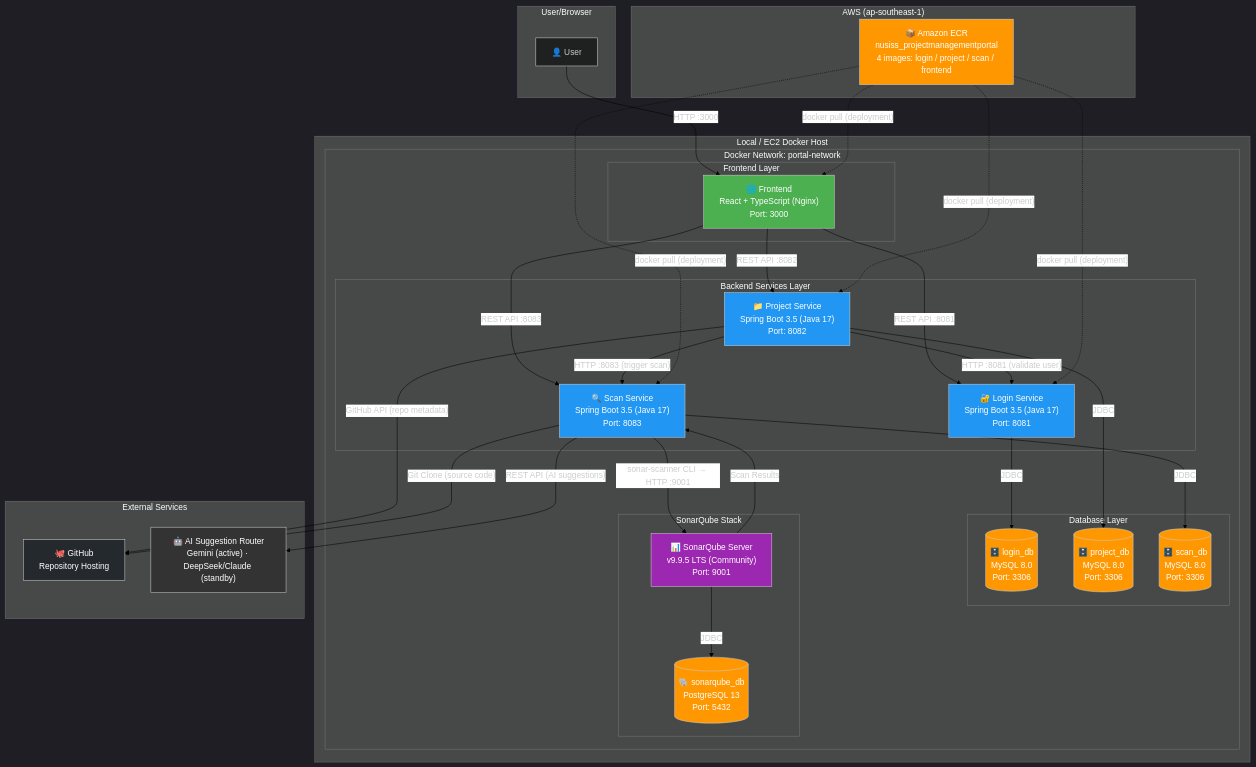
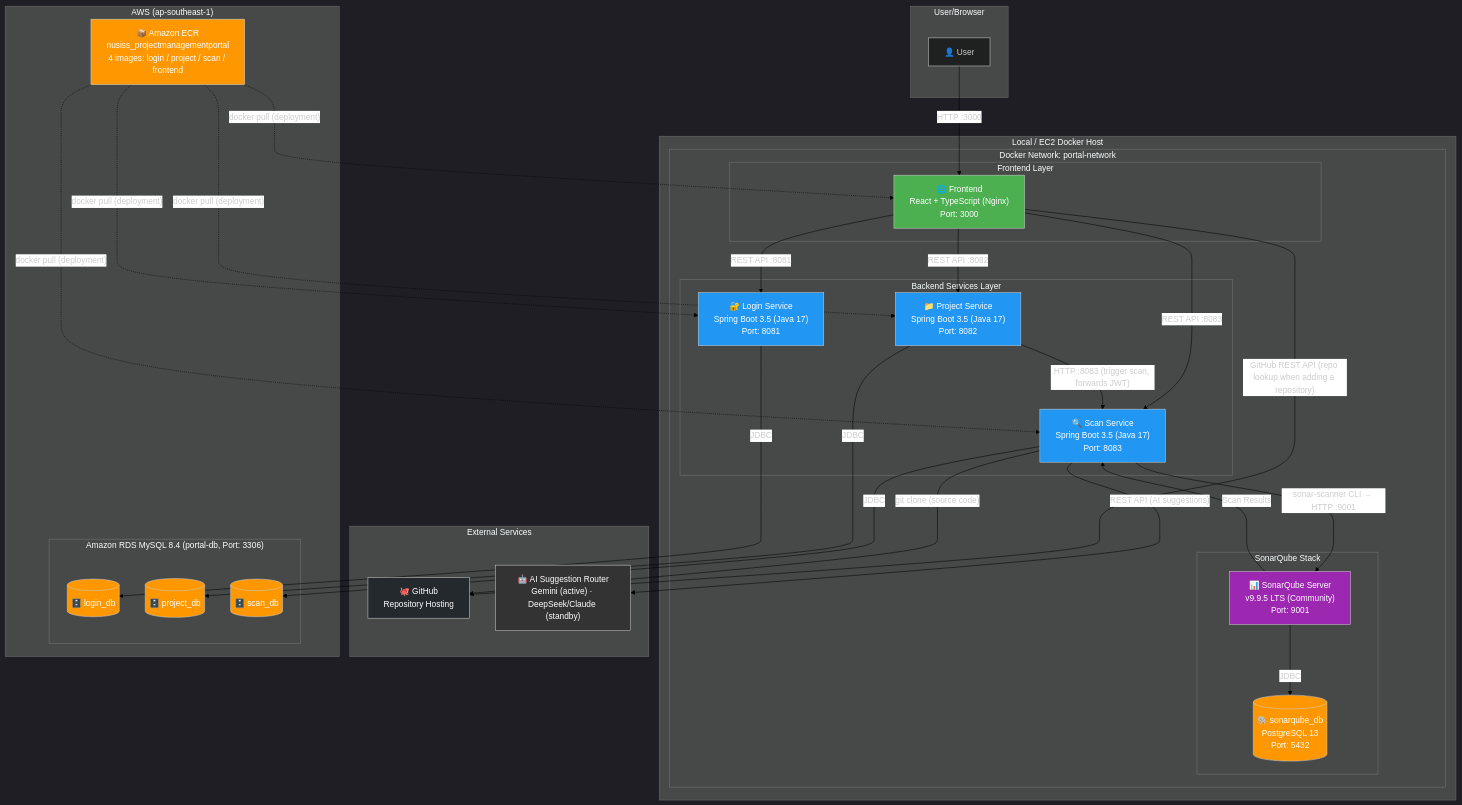
The diagram in docs/Architecture.mermaid (kaldrake/NUSISS_ProjectManagementPortal), drawn with Mermaid before and after one commit. The commit also changed 7 other files, not shown here.

Commit message:
added mermaid changes

```diff
--- a/docs/Architecture.mermaid
+++ b/docs/Architecture.mermaid
@@ -1,112 +1,104 @@
 %%{init: {'theme': 'dark', 'themeVariables': {'lineColor': '#000000', 'edgeLabelBackground': '#ffffff'}}}%%
 graph TB
     subgraph "User/Browser"
         User[👤 User]
     end
 
     subgraph "Local / EC2 Docker Host"
 
         subgraph "Docker Network: portal-network"
 
             subgraph "Frontend Layer"
                 FE["🌐 Frontend
 React + TypeScript (Nginx)
 Port: 3000"]
             end
 
             subgraph "Backend Services Layer"
                 LS["🔐 Login Service
 Spring Boot 3.5 (Java 17)
 Port: 8081"]
                 PS["📁 Project Service
 Spring Boot 3.5 (Java 17)
 Port: 8082"]
                 SCS["🔍 Scan Service
 Spring Boot 3.5 (Java 17)
 Port: 8083"]
             end
 
-            subgraph "Database Layer"
-                LDB[("🗄️ login_db
-MySQL 8.0
-Port: 3306")]
-                PDB[("🗄️ project_db
-MySQL 8.0
-Port: 3306")]
-                SDB[("🗄️ scan_db
-MySQL 8.0
-Port: 3306")]
-            end
-
             subgraph "SonarQube Stack"
                 SQDB[("🐘 sonarqube_db
 PostgreSQL 13
 Port: 5432")]
                 SQ["📊 SonarQube Server
 v9.9.5 LTS (Community)
 Port: 9001"]
             end
 
         end
 
     end
 
     subgraph "External Services"
         GH["🐙 GitHub
 Repository Hosting"]
         AI["🤖 AI Suggestion Router
 Gemini (active) · DeepSeek/Claude (standby)"]
     end
 
     subgraph "AWS (ap-southeast-1)"
+        subgraph "Amazon RDS MySQL 8.4 (portal-db, Port: 3306)"
+            LDB[("🗄️ login_db")]
+            PDB[("🗄️ project_db")]
+            SDB[("🗄️ scan_db")]
+        end
         ECR["📦 Amazon ECR
 nusiss_projectmanagementportal
 4 images: login / project / scan / frontend"]
     end
 
     %% User to Frontend
     User -->|"HTTP :3000"| FE
 
     %% Frontend to Backend
     FE -->|"REST API :8081"| LS
     FE -->|"REST API :8082"| PS
     FE -->|"REST API :8083"| SCS
 
     %% Services to their own DBs
     LS -->|"JDBC"| LDB
     PS -->|"JDBC"| PDB
     SCS -->|"JDBC"| SDB
 
     %% Service-to-service
-    PS -->|"HTTP :8081 (validate user)"| LS
-    PS -->|"HTTP :8083 (trigger scan)"| SCS
+    PS -->|"HTTP :8083 (trigger scan, forwards JWT)"| SCS
 
     %% Scan Service to SonarQube
     SCS -->|"sonar-scanner CLI → HTTP :9001"| SQ
     SQ -->|"JDBC"| SQDB
     SQ -->|"Scan Results"| SCS
 
     %% External integrations
-    PS -->|"GitHub API (repo metadata)"| GH
-    SCS -->|"Git Clone (source code)"| GH
+    FE -->|"GitHub REST API (repo lookup when adding a repository)"| GH
+    SCS -->|"git clone (source code)"| GH
     SCS -->|"REST API (AI suggestions)"| AI
 
     %% CI/CD pushes images to ECR
     ECR -.->|"docker pull (deployment)"| FE
     ECR -.->|"docker pull (deployment)"| LS
     ECR -.->|"docker pull (deployment)"| PS
     ECR -.->|"docker pull (deployment)"| SCS
 
     %% Styling
     style FE fill:#4CAF50,color:#fff
     style LS fill:#2196F3,color:#fff
     style PS fill:#2196F3,color:#fff
     style SCS fill:#2196F3,color:#fff
     style LDB fill:#FF9800,color:#fff
     style PDB fill:#FF9800,color:#fff
     style SDB fill:#FF9800,color:#fff
     style SQDB fill:#FF9800,color:#fff
     style SQ fill:#9C27B0,color:#fff
     style ECR fill:#FF9800,color:#fff
     style GH fill:#24292e,color:#fff
     style AI fill:#333,color:#fff
```
